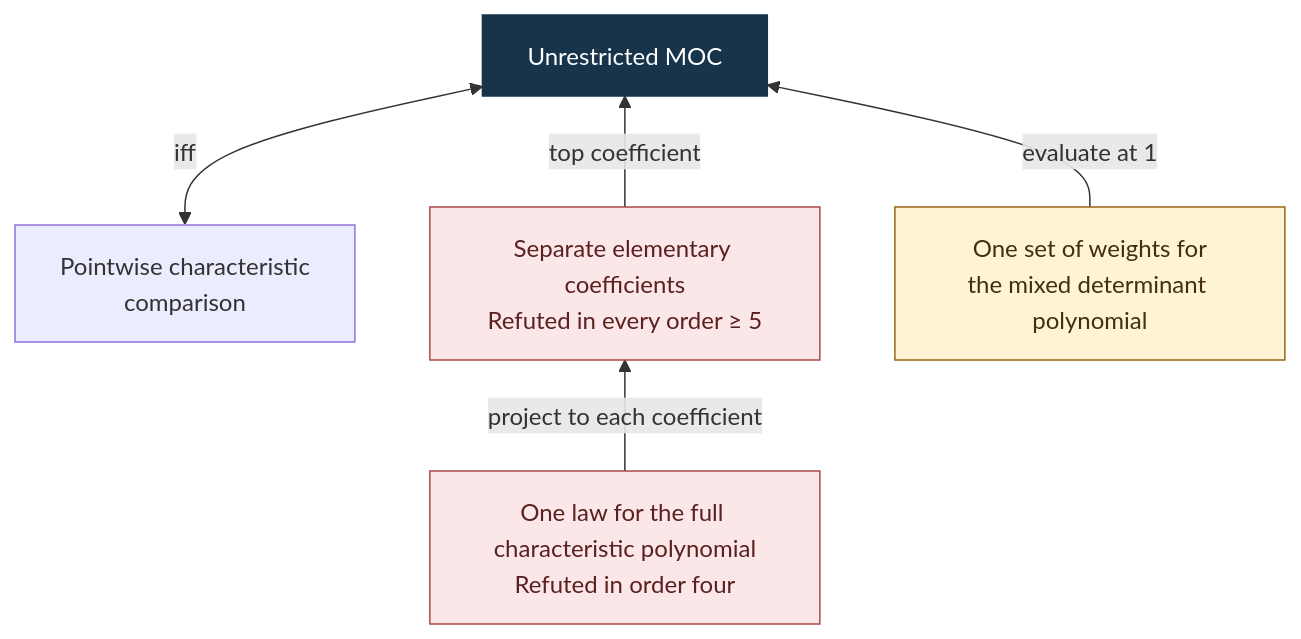
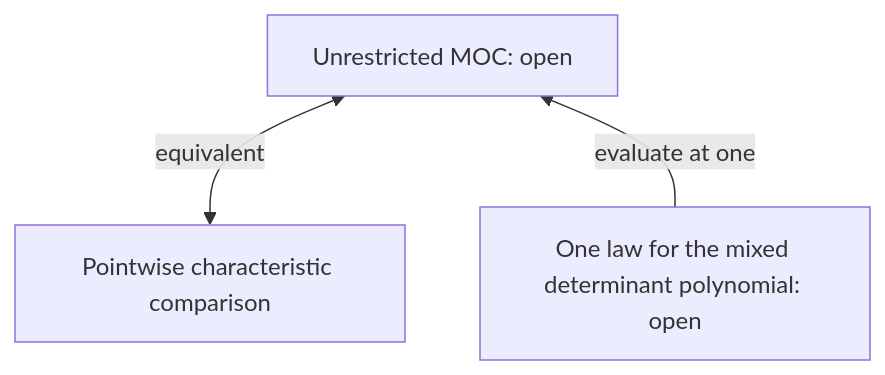
Before and after one commit to ascendnoosphere/MOC: the eighth of 12 diagrams in Docs/all-orders-proof-map.md, drawn with Mermaid. The commit also changed other lines of this file and 42 other files, not shown here.

````diff
--- a/Docs/all-orders-proof-map.md
+++ b/Docs/all-orders-proof-map.md
@@ -673,17 +628,8 @@
 ```mermaid
 flowchart BT
-    accTitle: Pointwise, separate, and simultaneous polynomial comparisons
-    accDescr: Pointwise comparisons are equivalent to MOC. Counterexamples refute the full characteristic-polynomial hull and the separate elementary coefficient condition.
-    Goal["Unrestricted MOC"]:::goal
-    Pt["Pointwise characteristic<br/>comparison"]
-    Char["One law for the full characteristic polynomial<br/>Refuted in order four"]:::refuted
-    Sep["Separate elementary coefficients<br/>Refuted in every order ≥ 5"]:::refuted
-    Mixed["One set of weights for<br/>the mixed determinant polynomial"]:::open
-    Pt <-->|iff| Goal
-    Char -->|project to each coefficient| Sep
-    Sep -->|top coefficient| Goal
-    Mixed -->|evaluate at 1| Goal
-    classDef goal fill:#18344b,stroke:#18344b,color:#fff
-    classDef open fill:#fff3d6,stroke:#9a6516,color:#432e0f
-    classDef refuted fill:#fbe7e7,stroke:#aa4949,color:#5b2020
+    Goal["Unrestricted MOC: open"]
+    Pointwise["Pointwise characteristic comparison"]
+    Mixed["One law for the mixed determinant polynomial: open"]
+    Pointwise <-->|equivalent| Goal
+    Mixed -->|evaluate at one| Goal
 ```
````
